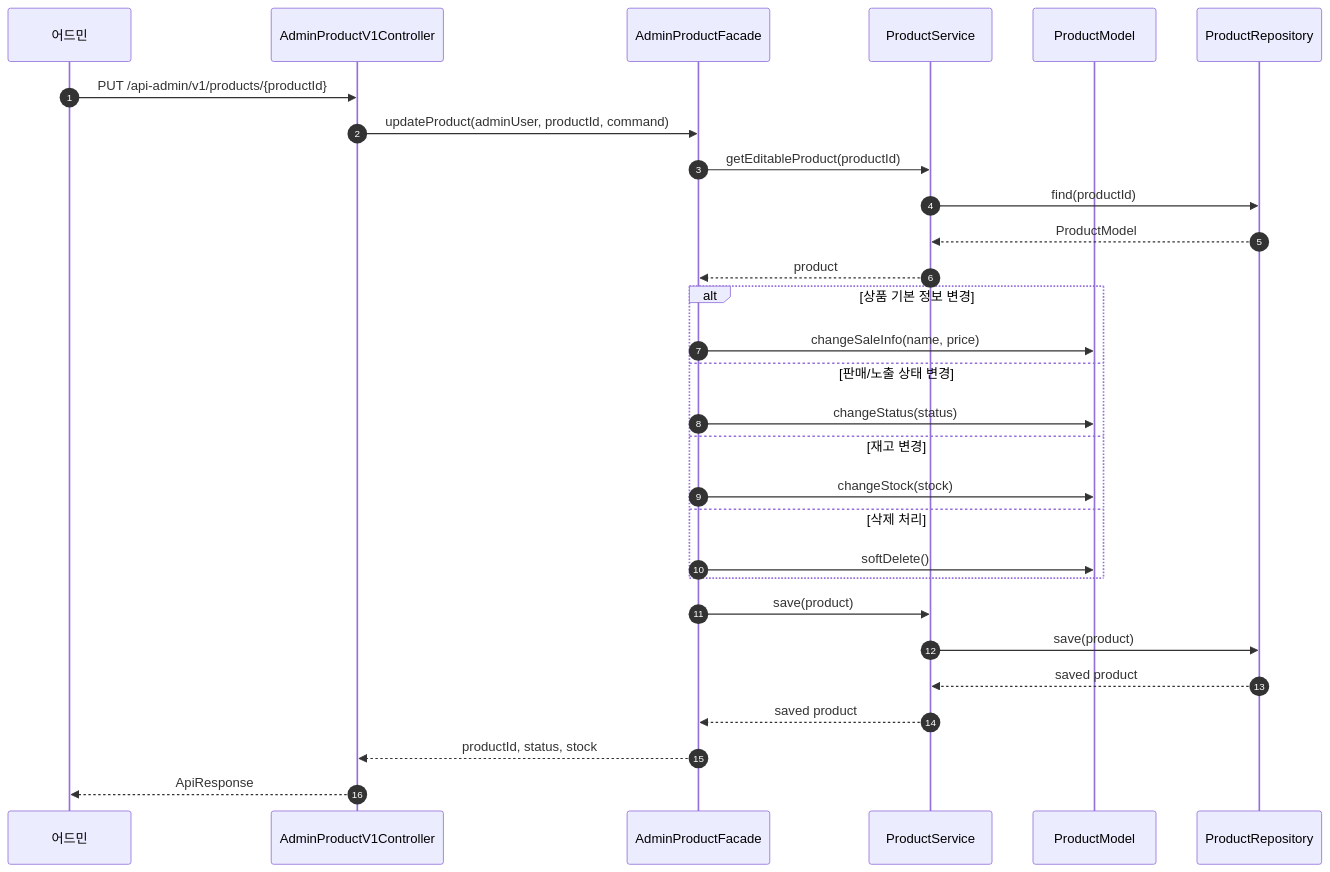
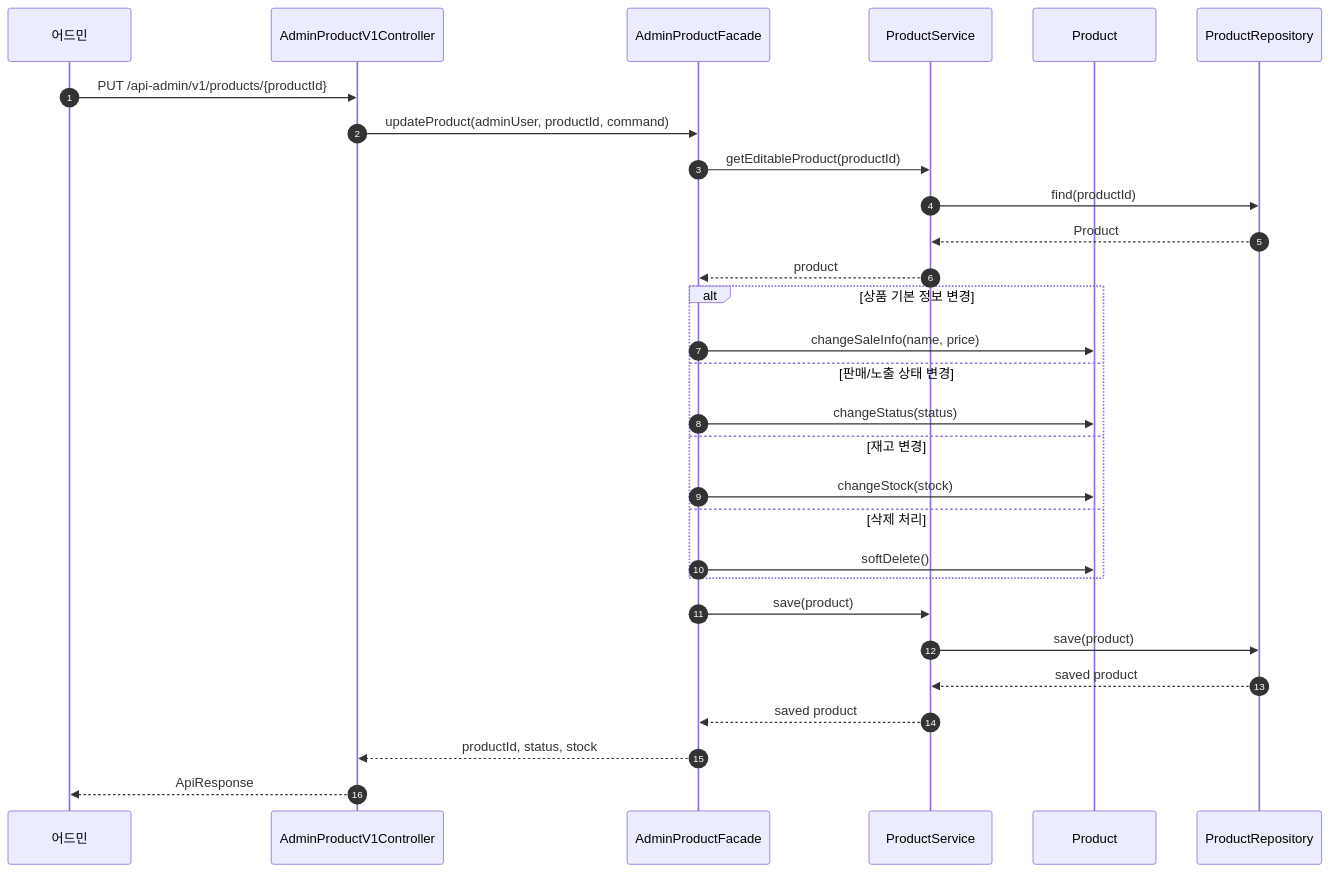
Before and after one commit to loopers-labs/loop-pack-be-l2-vol4-java: the fourth of 4 diagrams in docs/week2/02-sequence-diagrams.md, drawn with Mermaid. The commit also changed other lines of this file and 6 other files, not shown here.

````diff
--- a/docs/week2/02-sequence-diagrams.md
+++ b/docs/week2/02-sequence-diagrams.md
@@ -266,34 +266,34 @@
 ```mermaid
 sequenceDiagram
     autonumber
     participant Admin as 어드민
     participant Controller as AdminProductV1Controller
     participant Facade as AdminProductFacade
     participant ProductService as ProductService
-    participant Product as ProductModel
+    participant Product as Product
     participant ProductRepository as ProductRepository
 
     Admin->>Controller: PUT /api-admin/v1/products/{productId}
     Controller->>Facade: updateProduct(adminUser, productId, command)
     Facade->>ProductService: getEditableProduct(productId)
     ProductService->>ProductRepository: find(productId)
-    ProductRepository-->>ProductService: ProductModel
+    ProductRepository-->>ProductService: Product
     ProductService-->>Facade: product
 
     alt 상품 기본 정보 변경
         Facade->>Product: changeSaleInfo(name, price)
     else 판매/노출 상태 변경
         Facade->>Product: changeStatus(status)
     else 재고 변경
         Facade->>Product: changeStock(stock)
     else 삭제 처리
         Facade->>Product: softDelete()
     end
 
     Facade->>ProductService: save(product)
     ProductService->>ProductRepository: save(product)
     ProductRepository-->>ProductService: saved product
     ProductService-->>Facade: saved product
     Facade-->>Controller: productId, status, stock
     Controller-->>Admin: ApiResponse
 ```
````
